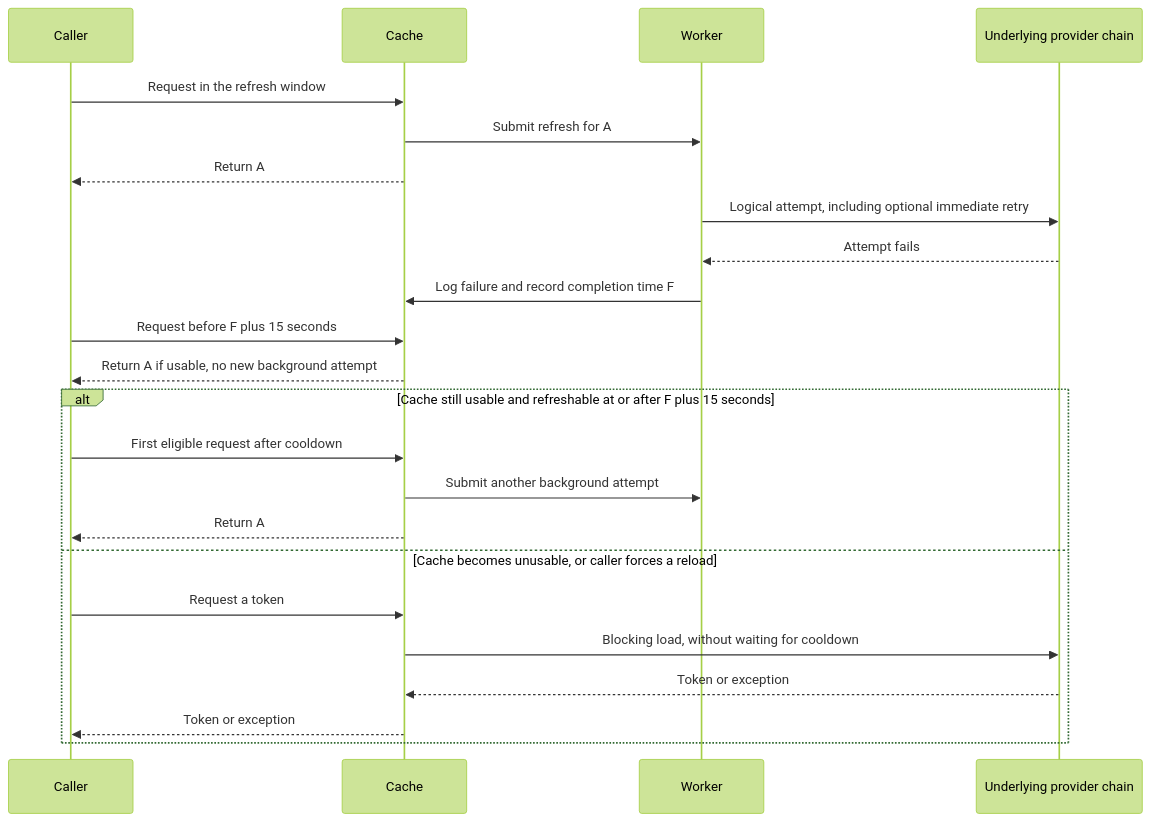
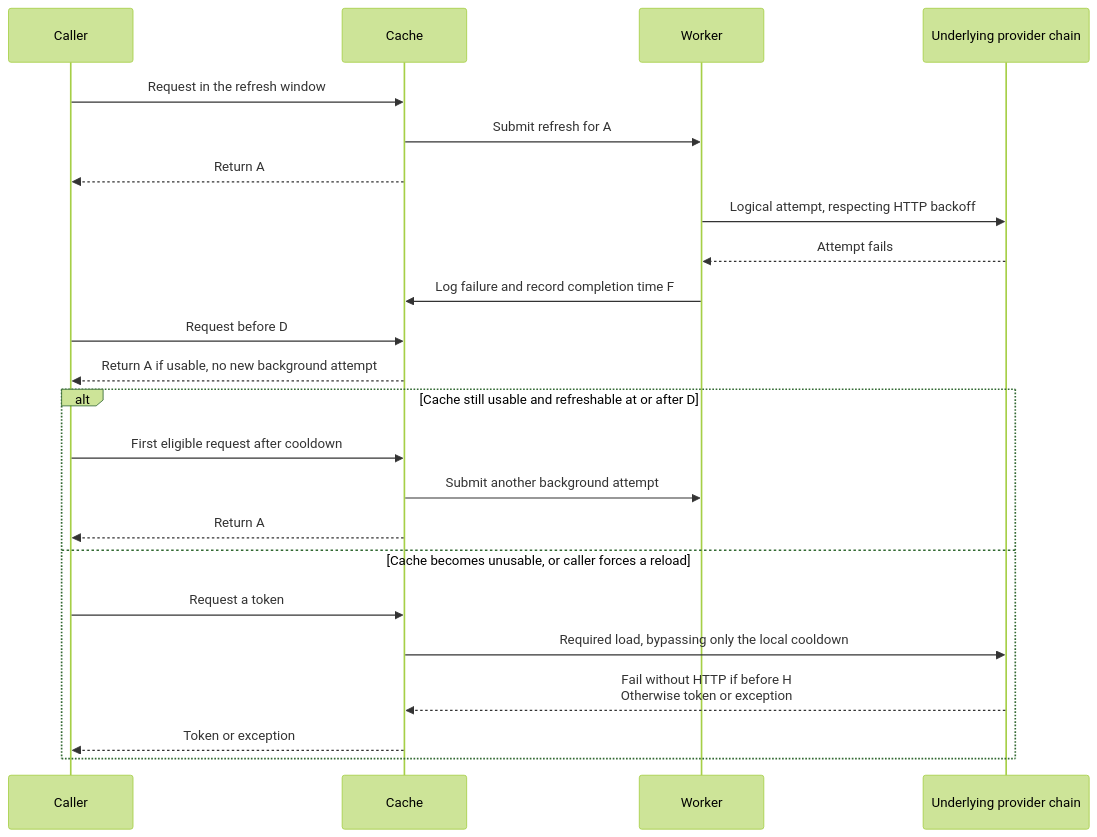
Before and after one commit to entur/jwt-resource-server: the fifth of 8 diagrams in jwt-client/docs/preemptive-refresh/README.md, drawn with Mermaid (forest theme). The commit also changed other lines of this file and 39 other files, not shown here.

First line of the commit message:
feat!: honor Retry-After and back off failed token requests

````diff
--- a/jwt-client/docs/preemptive-refresh/README.md
+++ b/jwt-client/docs/preemptive-refresh/README.md
@@ -139,25 +141,25 @@
 ```mermaid
 sequenceDiagram
     participant Caller
     participant Cache
     participant Worker
     participant Provider as Underlying provider chain
     Caller->>Cache: Request in the refresh window
     Cache->>Worker: Submit refresh for A
     Cache-->>Caller: Return A
-    Worker->>Provider: Logical attempt, including optional immediate retry
+    Worker->>Provider: Logical attempt, respecting HTTP backoff
     Provider-->>Worker: Attempt fails
     Worker->>Cache: Log failure and record completion time F
-    Caller->>Cache: Request before F plus 15 seconds
+    Caller->>Cache: Request before D
     Cache-->>Caller: Return A if usable, no new background attempt
-    alt Cache still usable and refreshable at or after F plus 15 seconds
+    alt Cache still usable and refreshable at or after D
         Caller->>Cache: First eligible request after cooldown
         Cache->>Worker: Submit another background attempt
         Cache-->>Caller: Return A
     else Cache becomes unusable, or caller forces a reload
         Caller->>Cache: Request a token
-        Cache->>Provider: Blocking load, without waiting for cooldown
-        Provider-->>Cache: Token or exception
+        Cache->>Provider: Required load, bypassing only the local cooldown
+        Provider-->>Cache: Fail without HTTP if before H<br/>Otherwise token or exception
         Cache-->>Caller: Token or exception
     end
 ```
````
